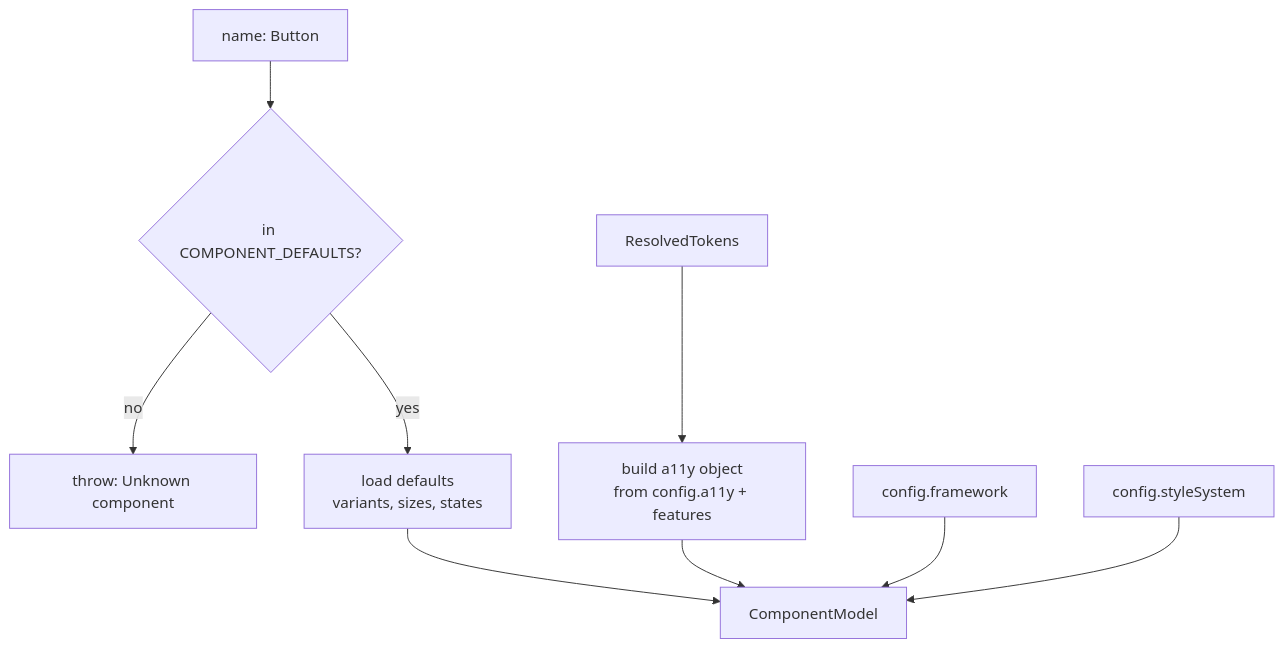
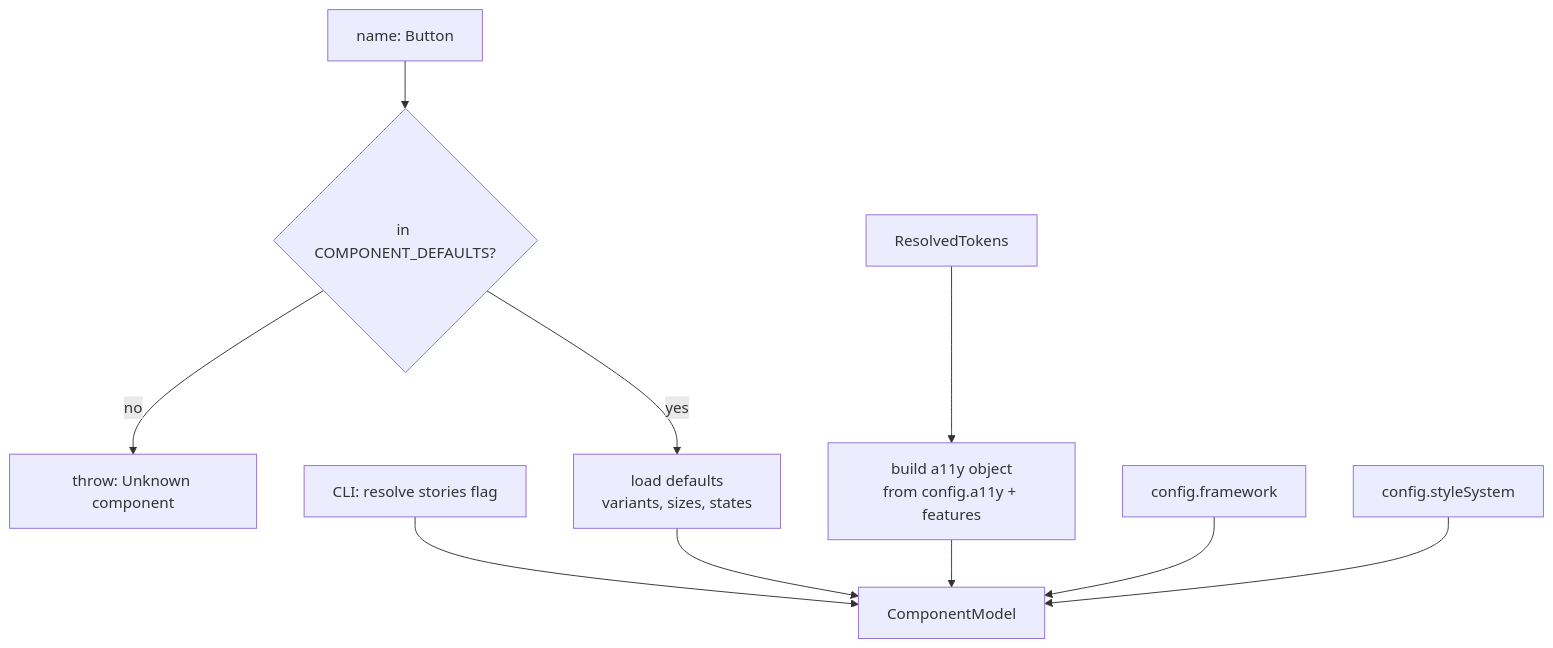
Before and after one commit to Naveen2070/project_crucible: diagram 20 of 47 in crucible-architecture.md, drawn with Mermaid. The commit also changed other lines of this file and 1 other file, not shown here.

Commit message:
docs: update architecture diagrams for Phase 5 structure

````diff
--- a/crucible-architecture.md
+++ b/crucible-architecture.md
@@ -485,11 +486,12 @@
 ```mermaid
 flowchart TD
     A[name: Button] --> B{in COMPONENT_DEFAULTS?}
     B -->|no| C[throw: Unknown component]
     B -->|yes| D[load defaults\nvariants, sizes, states]
     E[ResolvedTokens] --> F[build a11y object\nfrom config.a11y + features]
+    J[CLI: resolve stories flag] --> G
     D --> G[ComponentModel]
     F --> G
     H[config.framework] --> G
     I[config.styleSystem] --> G
 ```
````
